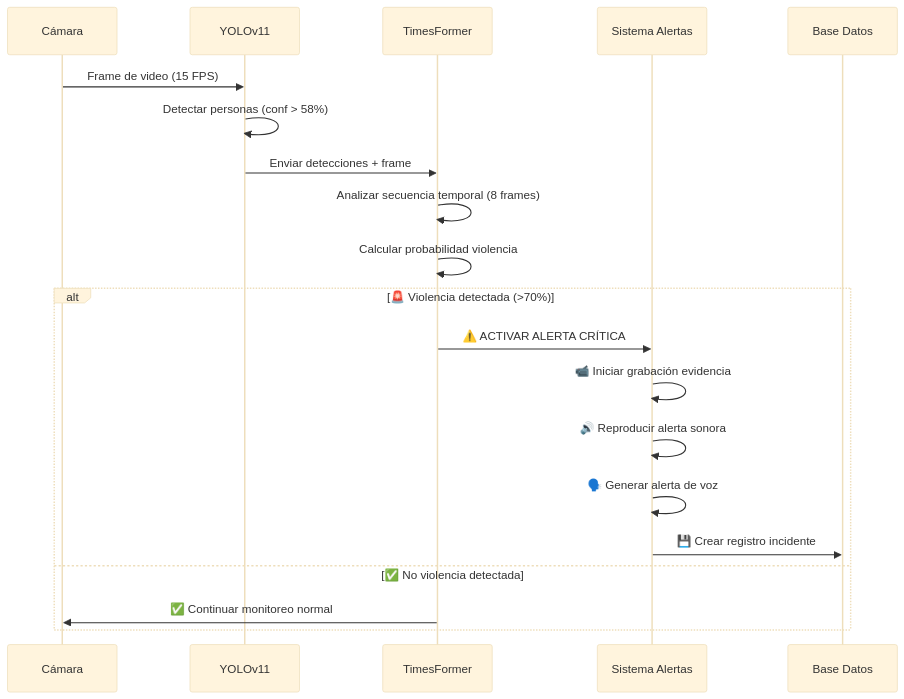
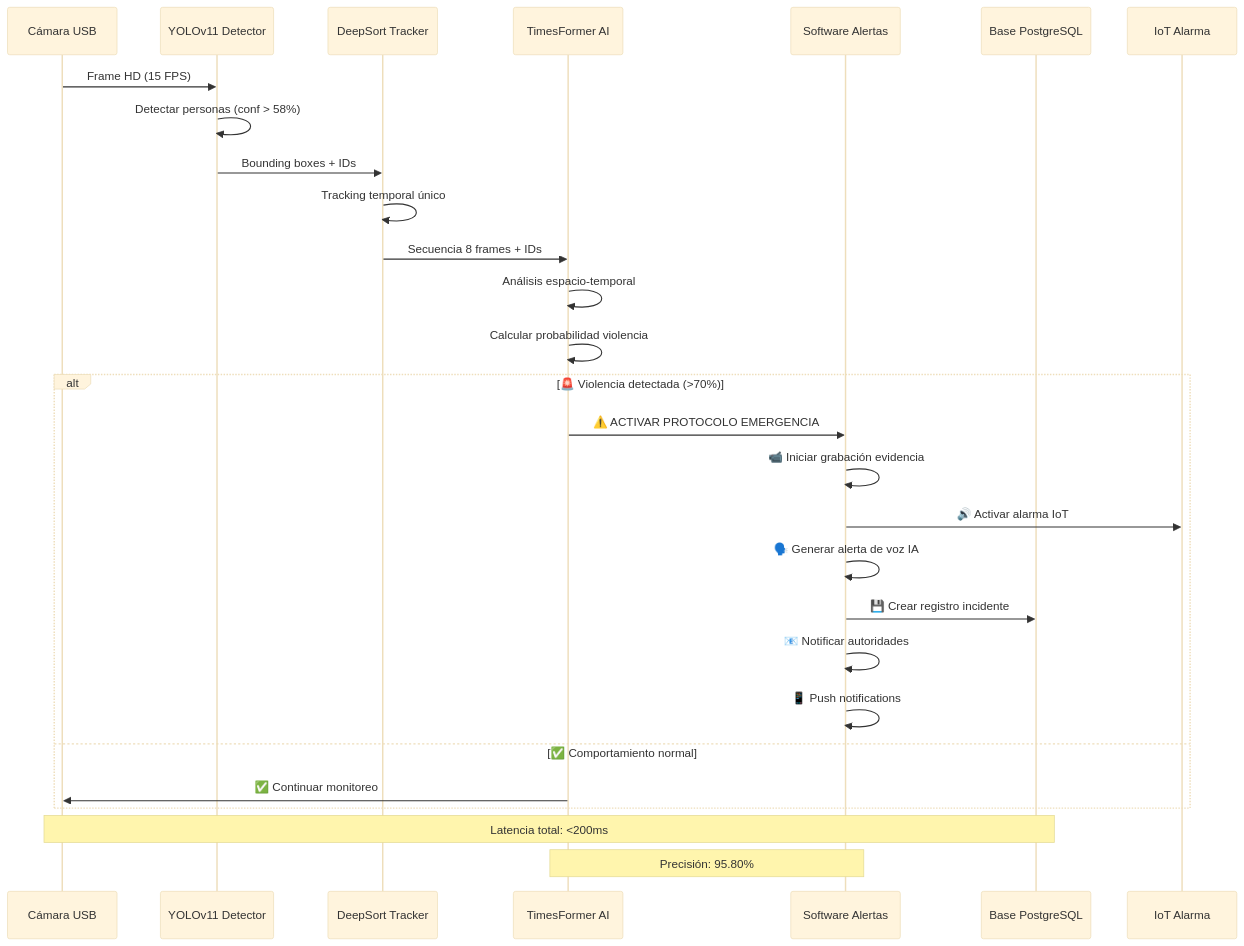
The second of 3 diagrams in README.MD (Franz-Gonzales/school-violence-prevention-IA3), drawn with Mermaid (base theme) before and after one commit. The commit also changed other lines of this file, not shown here.

````diff
--- a/README.MD
+++ b/README.MD
@@ -721,24 +920,33 @@
 ```mermaid
 sequenceDiagram
-    participant 📷 as Cámara
-    participant 🎯 as YOLOv11
-    participant 🧠 as TimesFormer
-    participant 🚨 as Sistema Alertas
-    participant 💾 as Base Datos
+    participant 📷 as Cámara USB
+    participant 🎯 as YOLOv11 Detector
+    participant 👥 as DeepSort Tracker
+    participant 🧠 as TimesFormer AI
+    participant 🚨 as Software Alertas
+    participant 💾 as Base PostgreSQL
+    participant 🔊 as IoT Alarma
     
-    📷->>🎯: Frame de video (15 FPS)
+    📷->>🎯: Frame HD (15 FPS)
     🎯->>🎯: Detectar personas (conf > 58%)
-    🎯->>🧠: Enviar detecciones + frame
-    🧠->>🧠: Analizar secuencia temporal (8 frames)
+    🎯->>👥: Bounding boxes + IDs
+    👥->>👥: Tracking temporal único
+    👥->>🧠: Secuencia 8 frames + IDs
+    🧠->>🧠: Análisis espacio-temporal
     🧠->>🧠: Calcular probabilidad violencia
     
     alt 🚨 Violencia detectada (>70%)
-        🧠->>🚨: ⚠️ ACTIVAR ALERTA CRÍTICA
+        🧠->>🚨: ⚠️ ACTIVAR PROTOCOLO EMERGENCIA
         🚨->>🚨: 📹 Iniciar grabación evidencia
-        🚨->>🚨: 🔊 Reproducir alerta sonora
-        🚨->>🚨: 🗣️ Generar alerta de voz
+        🚨->>🔊: 🔊 Activar alarma IoT
+        🚨->>🚨: 🗣️ Generar alerta de voz IA
         🚨->>💾: 💾 Crear registro incidente
-    else ✅ No violencia detectada
-        🧠->>📷: ✅ Continuar monitoreo normal
+        🚨->>🚨: 📧 Notificar autoridades
+        🚨->>🚨: 📱 Push notifications
+    else ✅ Comportamiento normal
+        🧠->>📷: ✅ Continuar monitoreo
     end
+    
+    Note over 📷,💾: Latencia total: <200ms
+    Note over 🧠,🚨: Precisión: 95.80%
 ```
````
